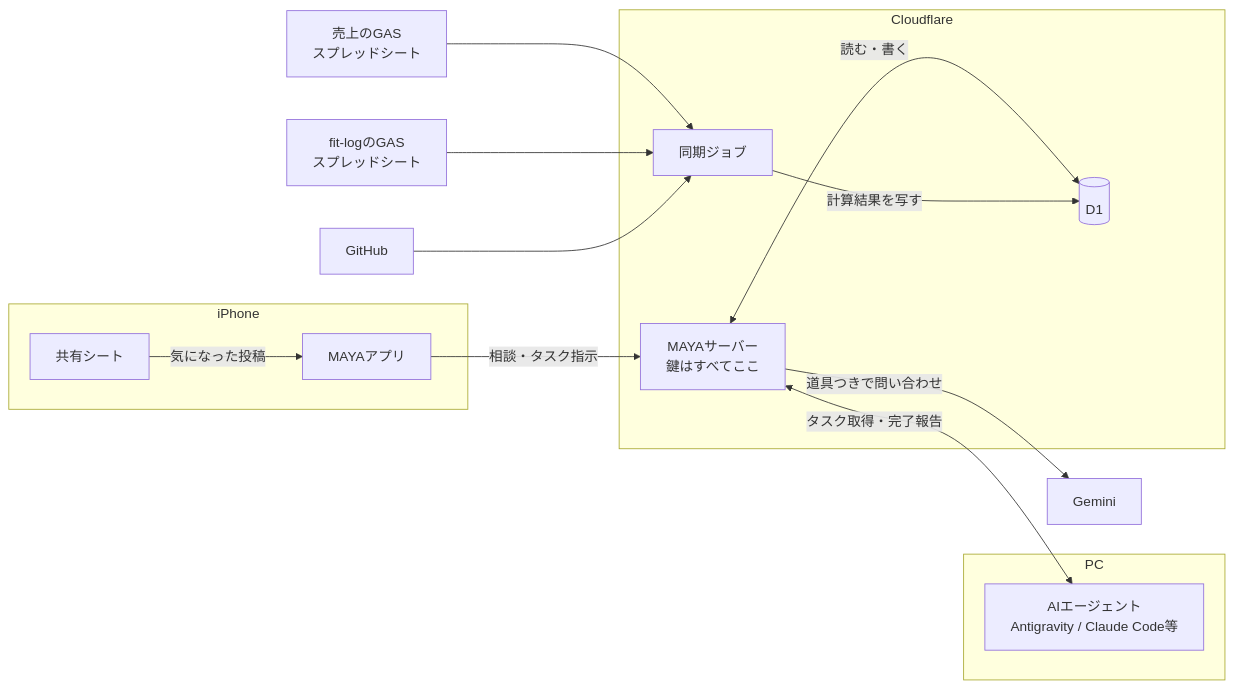
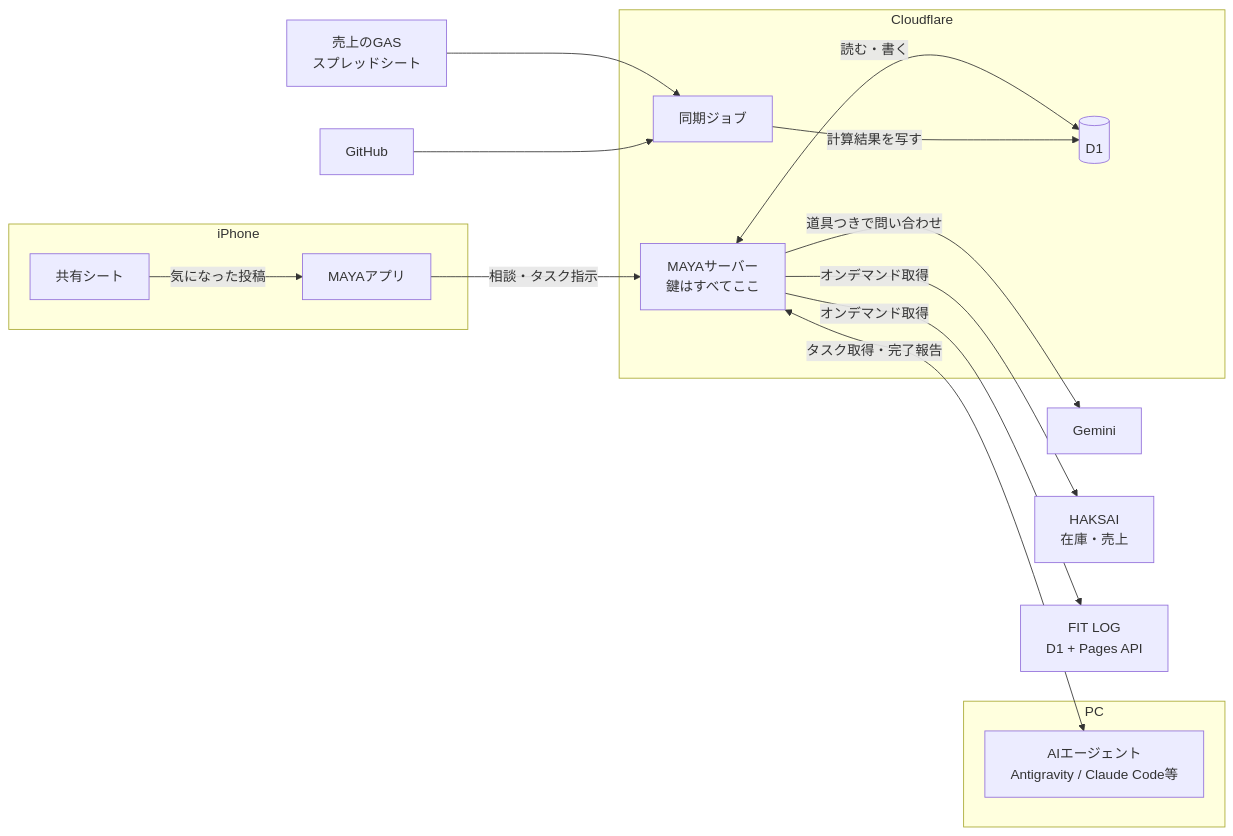
The first of 3 diagrams in docs/PLATFORM_ARCHITECTURE.md (koji330-coder/maya-executive-partner), drawn with Mermaid before and after one commit. The commit also changed other lines of this file and 1 other file, not shown here.

Commit message:
docs: FIT LOG連携完了に伴い構成図(ARCHITECTURE_GUIDE.html)と仕様書を更新

````diff
--- a/docs/PLATFORM_ARCHITECTURE.md
+++ b/docs/PLATFORM_ARCHITECTURE.md
@@ -23,32 +23,34 @@
 ```mermaid
 flowchart LR
   subgraph iPhone
     App[MAYAアプリ]
     Share[共有シート]
   end
 
   subgraph Cloudflare
     Worker[MAYAサーバー<br/>鍵はすべてここ]
     D1[(D1)]
     Cron[同期ジョブ]
   end
 
   subgraph PC
     Agent[AIエージェント<br/>Antigravity / Claude Code等]
   end
 
   Gemini[Gemini]
   SalesGAS[売上のGAS<br/>スプレッドシート]
-  FitGAS[fit-logのGAS<br/>スプレッドシート]
   GitHub[GitHub]
+  HAKSAI[HAKSAI<br/>在庫・売上]
+  FitLog[FIT LOG<br/>D1 + Pages API]
 
   App -->|相談・タスク指示| Worker
   Share -->|気になった投稿| App
   Worker -->|道具つきで問い合わせ| Gemini
   Worker <-->|読む・書く| D1
+  Worker -->|オンデマンド取得| HAKSAI
+  Worker -->|オンデマンド取得| FitLog
   Cron -->|計算結果を写す| D1
   SalesGAS --> Cron
-  FitGAS --> Cron
   GitHub --> Cron
   Worker <-->|タスク取得・完了報告| Agent
 ```
````
